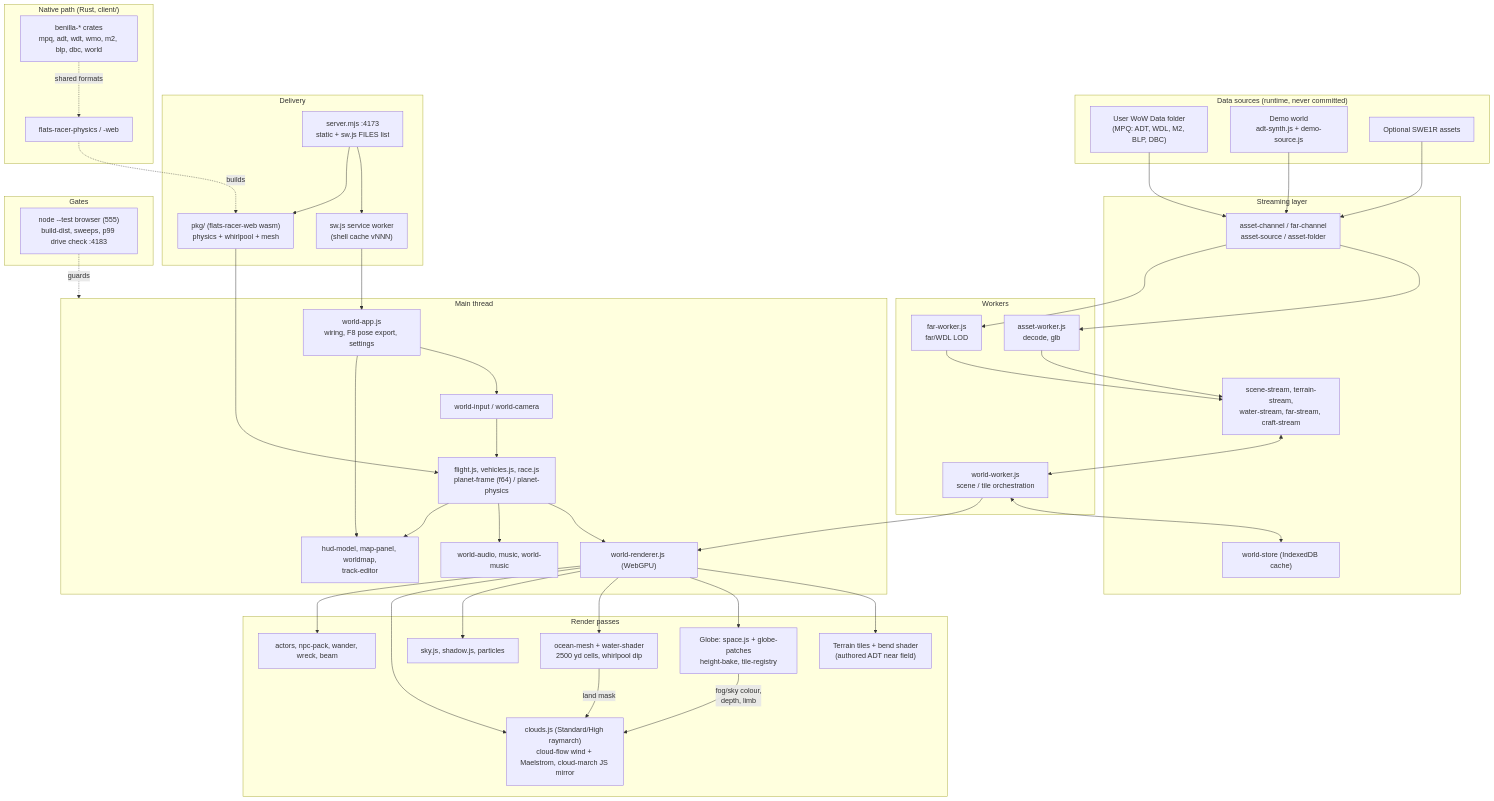
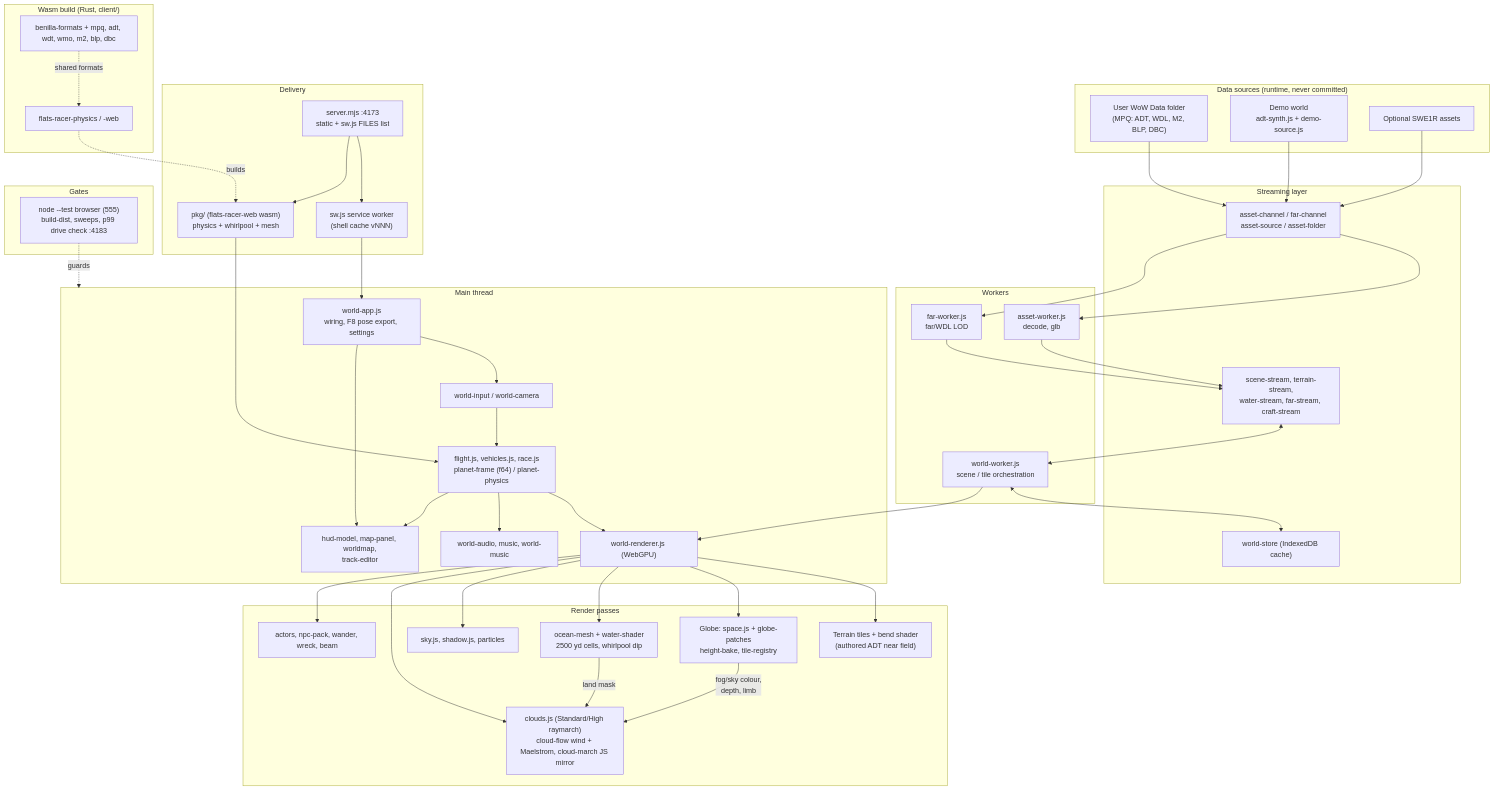
One commit to lizizatt/vanilla-world changed the diagram in browser/ARCHITECTURE.md. Above: the diagram before and after it, drawn with Mermaid. The commit also changed other lines of this file and 6082 other files, not shown here.

First line of the commit message:
Prune everything not used by the browser app: VMaNGOS server, native Benilla client crates, runtime/tools/scripts, stale docs

````diff
--- a/browser/ARCHITECTURE.md
+++ b/browser/ARCHITECTURE.md
@@ -6,82 +6,82 @@
 ```mermaid
 flowchart TB
   subgraph Data["Data sources (runtime, never committed)"]
     LOCAL["User WoW Data folder<br/>(MPQ: ADT, WDL, M2, BLP, DBC)"]
     DEMO["Demo world<br/>adt-synth.js + demo-source.js"]
     SWE["Optional SWE1R assets"]
   end
 
   subgraph Shell["Delivery"]
     SRV["server.mjs :4173<br/>static + sw.js FILES list"]
     SW["sw.js service worker<br/>(shell cache vNNN)"]
     WASM["pkg/ (flats-racer-web wasm)<br/>physics + whirlpool + mesh"]
   end
 
   subgraph Main["Main thread"]
     APP["world-app.js<br/>wiring, F8 pose export, settings"]
     INPUT["world-input / world-camera"]
     SIM["flight.js, vehicles.js, race.js<br/>planet-frame (f64) / planet-physics"]
     HUD["hud-model, map-panel, worldmap,<br/>track-editor"]
     AUDIO["world-audio, music, world-music"]
     REND["world-renderer.js (WebGPU)"]
   end
 
   subgraph Render["Render passes"]
     TERR["Terrain tiles + bend shader<br/>(authored ADT near field)"]
     GLOBE["Globe: space.js + globe-patches<br/>height-bake, tile-registry"]
     OCEAN["ocean-mesh + water-shader<br/>2500 yd cells, whirlpool dip"]
     SKY["sky.js, shadow.js, particles"]
     CLOUDS["clouds.js (Standard/High raymarch)<br/>cloud-flow wind + Maelstrom, cloud-march JS mirror"]
     ACT["actors, npc-pack, wander, wreck, beam"]
   end
 
   subgraph Workers["Workers"]
     WW["world-worker.js<br/>scene / tile orchestration"]
     AW["asset-worker.js<br/>decode, glb"]
     FW["far-worker.js<br/>far/WDL LOD"]
   end
 
   subgraph Streams["Streaming layer"]
     ST["scene-stream, terrain-stream,<br/>water-stream, far-stream, craft-stream"]
     CH["asset-channel / far-channel<br/>asset-source / asset-folder"]
     STORE["world-store (IndexedDB cache)"]
   end
 
-  subgraph Native["Native path (Rust, client/)"]
-    CR["benilla-* crates<br/>mpq, adt, wdt, wmo, m2, blp, dbc, world"]
+  subgraph Native["Wasm build (Rust, client/)"]
+    CR["benilla-formats + mpq, adt, wdt, wmo, m2, blp, dbc"]
     FR["flats-racer-physics / -web"]
   end
 
   subgraph Test["Gates"]
     T["node --test browser (555)<br/>build-dist, sweeps, p99 drive check :4183"]
   end
 
   LOCAL --> CH
   DEMO --> CH
   SWE --> CH
   CH --> AW
   CH --> FW
   AW --> ST
   FW --> ST
   ST <--> WW
   WW <--> STORE
   WW --> REND
   SRV --> SW --> APP
   SRV --> WASM --> SIM
   FR -. builds .-> WASM
   CR -. shared formats .-> FR
   APP --> INPUT --> SIM
   SIM --> REND
   SIM --> AUDIO
   SIM --> HUD
   APP --> HUD
   REND --> TERR
   REND --> GLOBE
   REND --> OCEAN
   REND --> SKY
   REND --> CLOUDS
   REND --> ACT
   GLOBE -- "fog/sky colour,<br/>depth, limb" --> CLOUDS
   OCEAN -- "land mask" --> CLOUDS
   T -. guards .-> Main
 ```
````
